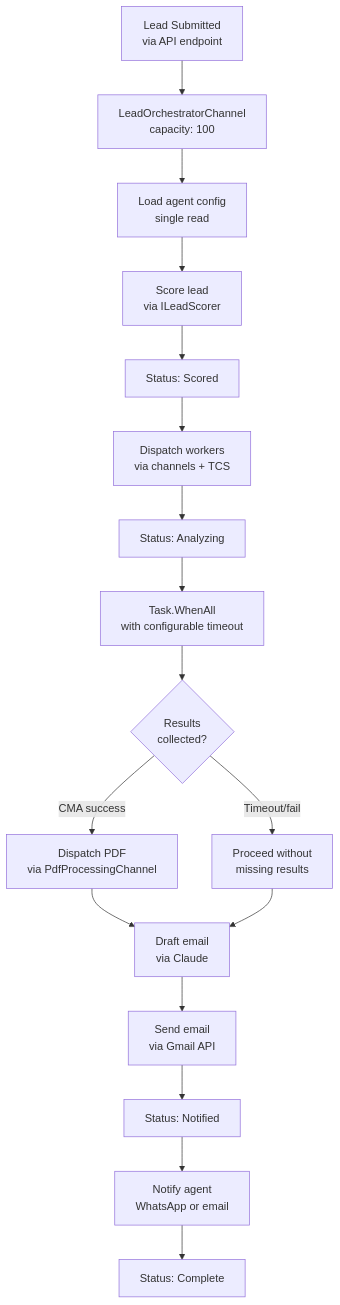
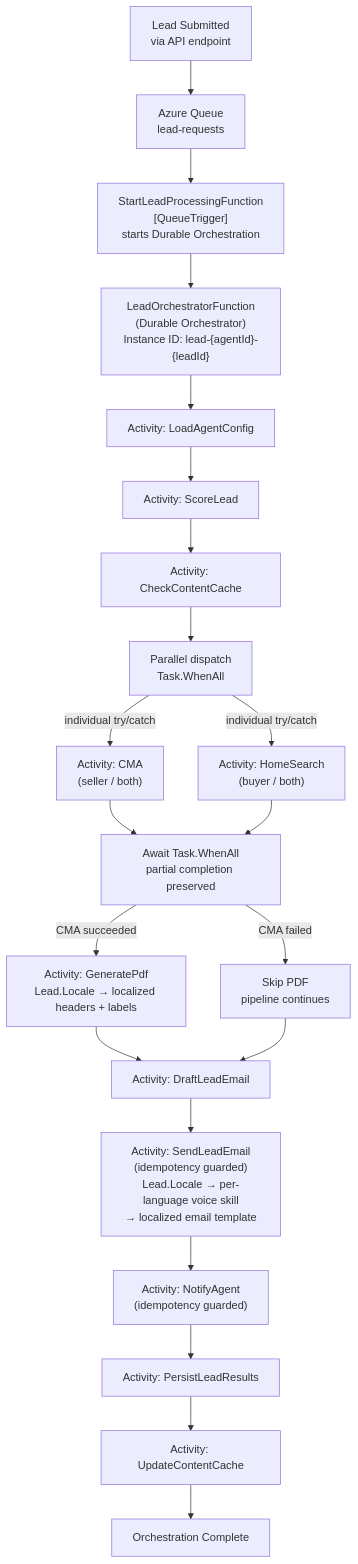
One commit to edward-rosado/jenisesells-website changed the diagram in docs/architecture/lead-orchestrator-flow.md. Above: the diagram before and after it, drawn with Mermaid. The commit also changed other lines of this file and 8 other files, not shown here.

First line of the commit message:
docs: add language-first-class design spec and architecture diagrams

````diff
--- a/docs/architecture/lead-orchestrator-flow.md
+++ b/docs/architecture/lead-orchestrator-flow.md
@@ -5,22 +5,29 @@
 ```mermaid
 flowchart TD
-    Submit["Lead Submitted<br/>via API endpoint"] --> Channel["LeadOrchestratorChannel<br/>capacity: 100"]
-    Channel --> Load["Load agent config<br/>single read"]
-    Load --> Score["Score lead<br/>via ILeadScorer"]
-    Score --> Status1["Status: Scored"]
-    Status1 --> Dispatch["Dispatch workers<br/>via channels + TCS"]
-    Dispatch --> Status2["Status: Analyzing"]
+    Submit["Lead Submitted<br/>via API endpoint"] --> Queue["Azure Queue<br/>lead-requests"]
+    Queue --> Start["StartLeadProcessingFunction<br/>[QueueTrigger]<br/>starts Durable Orchestration"]
+    Start --> Orch["LeadOrchestratorFunction<br/>(Durable Orchestrator)<br/>Instance ID: lead-{agentId}-{leadId}"]
 
-    Status2 --> WhenAll["Task.WhenAll<br/>with configurable timeout"]
+    Orch --> A1["Activity: LoadAgentConfig"]
+    A1 --> A2["Activity: ScoreLead"]
+    A2 --> A3["Activity: CheckContentCache"]
+    A3 --> Parallel["Parallel dispatch<br/>Task.WhenAll"]
 
-    WhenAll --> Collect{"Results<br/>collected?"}
-    Collect -->|"CMA success"| PDF["Dispatch PDF<br/>via PdfProcessingChannel"]
-    Collect -->|"Timeout/fail"| Skip["Proceed without<br/>missing results"]
-    PDF --> Draft["Draft email<br/>via Claude"]
-    Skip --> Draft
+    Parallel -->|"individual try/catch"| CMA["Activity: CMA<br/>(seller / both)"]
+    Parallel -->|"individual try/catch"| HS["Activity: HomeSearch<br/>(buyer / both)"]
 
-    Draft --> Send["Send email<br/>via Gmail API"]
-    Send --> Status3["Status: Notified"]
-    Status3 --> Notify["Notify agent<br/>WhatsApp or email"]
-    Notify --> Status4["Status: Complete"]
+    CMA --> WhenAll["Await Task.WhenAll<br/>partial completion preserved"]
+    HS --> WhenAll
+
+    WhenAll -->|"CMA succeeded"| PDF["Activity: GeneratePdf<br/>Lead.Locale → localized headers + labels"]
+    WhenAll -->|"CMA failed"| SkipPdf["Skip PDF<br/>pipeline continues"]
+
+    PDF --> A6["Activity: DraftLeadEmail"]
+    SkipPdf --> A6
+
+    A6 --> A7["Activity: SendLeadEmail<br/>(idempotency guarded)<br/>Lead.Locale → per-language voice skill<br/>→ localized email template"]
+    A7 --> A8["Activity: NotifyAgent<br/>(idempotency guarded)"]
+    A8 --> A9["Activity: PersistLeadResults"]
+    A9 --> A10["Activity: UpdateContentCache"]
+    A10 --> Done["Orchestration Complete"]
 ```
````
